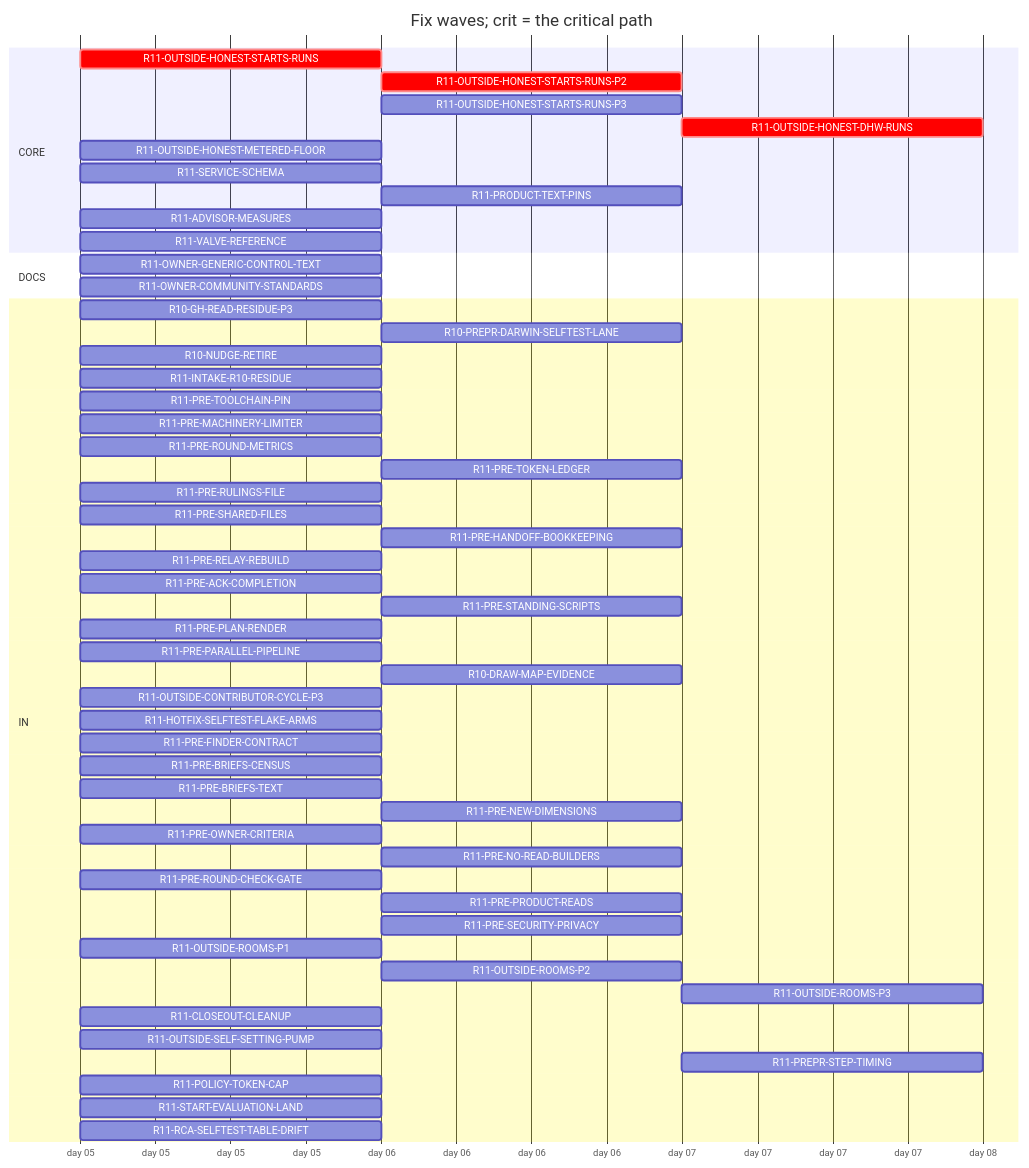
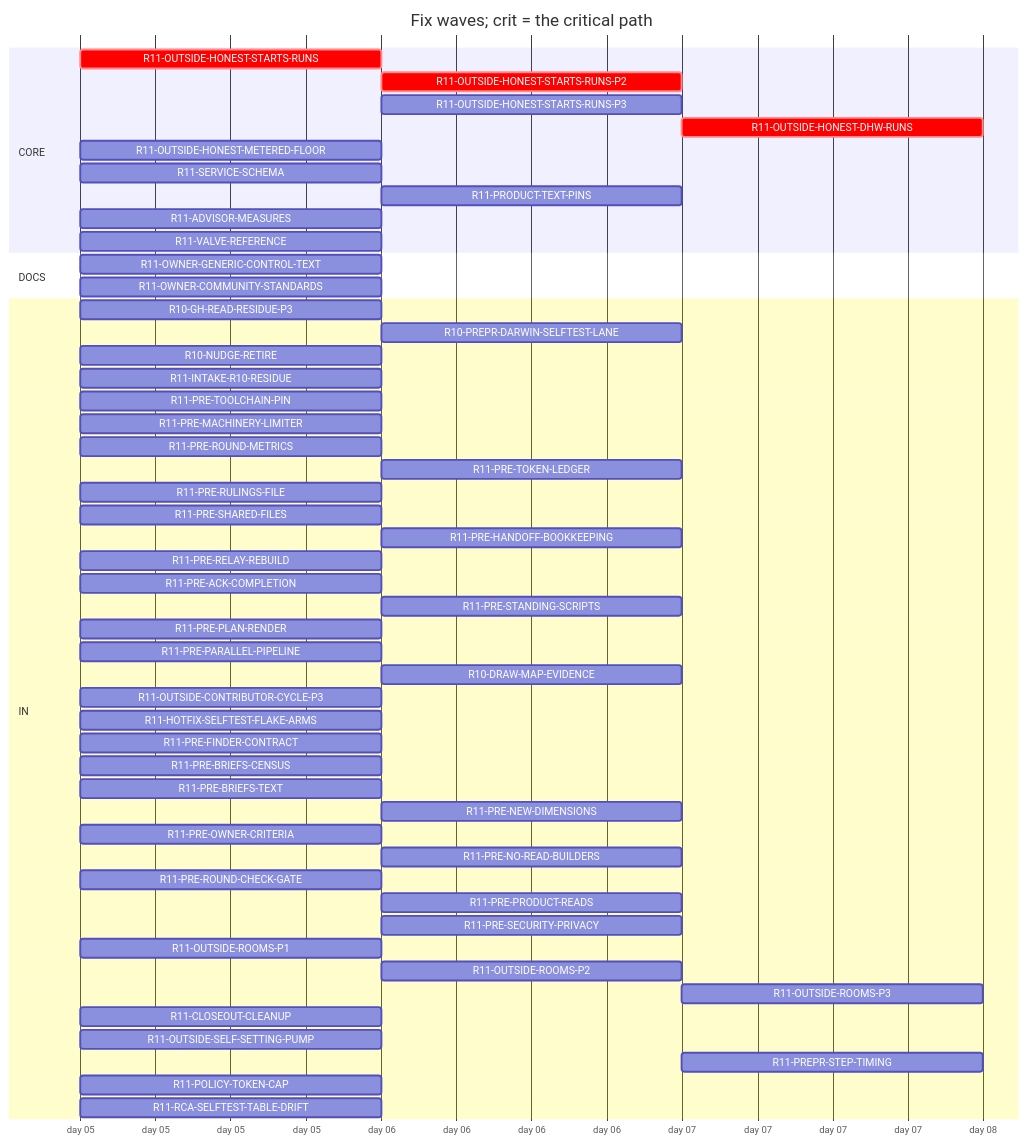
One commit to tvofi/heatpump_optimizer changed the diagram in handoff/round11/state/PLAN-TABLE.md. Above: the diagram before and after it, drawn with Mermaid. The commit also changed other lines of this file and 3 other files, not shown here.

Commit message:
state: FLOW-BOARD.md, NEXT-SESSION-PROMPT.md, PLAN-TABLE.md, PLAN.html, RESUME-CURRENT.md regenerated (state_docs.py)

````diff
--- a/handoff/round11/state/PLAN-TABLE.md
+++ b/handoff/round11/state/PLAN-TABLE.md
@@ -16,57 +16,56 @@
 ```mermaid
 gantt
   title Fix waves; crit = the critical path
   dateFormat YYYY-MM-DD
   axisFormat day %d
   section CORE
     R11-OUTSIDE-HONEST-STARTS-RUNS :crit, r11OUTSIDEHONESTSTARTSRUNS, 2026-01-05, 1d
     R11-OUTSIDE-HONEST-STARTS-RUNS-P2 :crit, r11OUTSIDEHONESTSTARTSRUNSP2, after r11OUTSIDEHONESTSTARTSRUNS, 1d
     R11-OUTSIDE-HONEST-STARTS-RUNS-P3 :r11OUTSIDEHONESTSTARTSRUNSP3, after r11OUTSIDEHONESTSTARTSRUNS, 1d
     R11-OUTSIDE-HONEST-DHW-RUNS :crit, r11OUTSIDEHONESTDHWRUNS, after r11OUTSIDEHONESTSTARTSRUNS r11OUTSIDEHONESTSTARTSRUNSP2, 1d
     R11-OUTSIDE-HONEST-METERED-FLOOR :r11OUTSIDEHONESTMETEREDFLOOR, 2026-01-05, 1d
     R11-SERVICE-SCHEMA :r11SERVICESCHEMA, 2026-01-05, 1d
     R11-PRODUCT-TEXT-PINS :r11PRODUCTTEXTPINS, after r11OUTSIDEROOMSP1, 1d
     R11-ADVISOR-MEASURES :r11ADVISORMEASURES, 2026-01-05, 1d
     R11-VALVE-REFERENCE :r11VALVEREFERENCE, 2026-01-05, 1d
   section DOCS
     R11-OWNER-GENERIC-CONTROL-TEXT :r11OWNERGENERICCONTROLTEXT, 2026-01-05, 1d
     R11-OWNER-COMMUNITY-STANDARDS :r11OWNERCOMMUNITYSTANDARDS, 2026-01-05, 1d
   section IN
     R10-GH-READ-RESIDUE-P3 :r10GHREADRESIDUEP3, 2026-01-05, 1d
     R10-PREPR-DARWIN-SELFTEST-LANE :r10PREPRDARWINSELFTESTLANE, after r10GHREADRESIDUEP3, 1d
     R10-NUDGE-RETIRE :r10NUDGERETIRE, 2026-01-05, 1d
     R11-INTAKE-R10-RESIDUE :r11INTAKER10RESIDUE, 2026-01-05, 1d
     R11-PRE-TOOLCHAIN-PIN :r11PRETOOLCHAINPIN, 2026-01-05, 1d
     R11-PRE-MACHINERY-LIMITER :r11PREMACHINERYLIMITER, 2026-01-05, 1d
     R11-PRE-ROUND-METRICS :r11PREROUNDMETRICS, 2026-01-05, 1d
     R11-PRE-TOKEN-LEDGER :r11PRETOKENLEDGER, after r10GHREADRESIDUEP3, 1d
     R11-PRE-RULINGS-FILE :r11PRERULINGSFILE, 2026-01-05, 1d
     R11-PRE-SHARED-FILES :r11PRESHAREDFILES, 2026-01-05, 1d
     R11-PRE-HANDOFF-BOOKKEEPING :r11PREHANDOFFBOOKKEEPING, after r11PRERELAYREBUILD, 1d
     R11-PRE-RELAY-REBUILD :r11PRERELAYREBUILD, 2026-01-05, 1d
     R11-PRE-ACK-COMPLETION :r11PREACKCOMPLETION, 2026-01-05, 1d
     R11-PRE-STANDING-SCRIPTS :r11PRESTANDINGSCRIPTS, after r11PREPARALLELPIPELINE, 1d
     R11-PRE-PLAN-RENDER :r11PREPLANRENDER, 2026-01-05, 1d
     R11-PRE-PARALLEL-PIPELINE :r11PREPARALLELPIPELINE, 2026-01-05, 1d
     R10-DRAW-MAP-EVIDENCE :r10DRAWMAPEVIDENCE, after r11OUTSIDESELFSETTINGPUMP, 1d
     R11-OUTSIDE-CONTRIBUTOR-CYCLE-P3 :r11OUTSIDECONTRIBUTORCYCLEP3, 2026-01-05, 1d
     R11-HOTFIX-SELFTEST-FLAKE-ARMS :r11HOTFIXSELFTESTFLAKEARMS, 2026-01-05, 1d
     R11-PRE-FINDER-CONTRACT :r11PREFINDERCONTRACT, 2026-01-05, 1d
     R11-PRE-BRIEFS-CENSUS :r11PREBRIEFSCENSUS, 2026-01-05, 1d
     R11-PRE-BRIEFS-TEXT :r11PREBRIEFSTEXT, 2026-01-05, 1d
     R11-PRE-NEW-DIMENSIONS :r11PRENEWDIMENSIONS, after r11PREFINDERCONTRACT r11PREBRIEFSCENSUS, 1d
     R11-PRE-OWNER-CRITERIA :r11PREOWNERCRITERIA, 2026-01-05, 1d
     R11-PRE-NO-READ-BUILDERS :r11PRENOREADBUILDERS, after r11PREMACHINERYLIMITER, 1d
     R11-PRE-ROUND-CHECK-GATE :r11PREROUNDCHECKGATE, 2026-01-05, 1d
     R11-PRE-PRODUCT-READS :r11PREPRODUCTREADS, after r11PREBRIEFSCENSUS, 1d
     R11-PRE-SECURITY-PRIVACY :r11PRESECURITYPRIVACY, after r11PREFINDERCONTRACT r11PREBRIEFSCENSUS, 1d
     R11-OUTSIDE-ROOMS-P1 :r11OUTSIDEROOMSP1, 2026-01-05, 1d
     R11-OUTSIDE-ROOMS-P2 :r11OUTSIDEROOMSP2, after r11OUTSIDEROOMSP1, 1d
     R11-OUTSIDE-ROOMS-P3 :r11OUTSIDEROOMSP3, after r11OUTSIDEROOMSP2, 1d
     R11-CLOSEOUT-CLEANUP :r11CLOSEOUTCLEANUP, 2026-01-05, 1d
     R11-OUTSIDE-SELF-SETTING-PUMP :r11OUTSIDESELFSETTINGPUMP, 2026-01-05, 1d
     R11-PREPR-STEP-TIMING :r11PREPRSTEPTIMING, after r10PREPRDARWINSELFTESTLANE, 1d
     R11-POLICY-TOKEN-CAP :r11POLICYTOKENCAP, 2026-01-05, 1d
-    R11-START-EVALUATION-LAND :r11STARTEVALUATIONLAND, 2026-01-05, 1d
     R11-RCA-SELFTEST-TABLE-DRIFT :r11RCASELFTESTTABLEDRIFT, 2026-01-05, 1d
 ```
````
